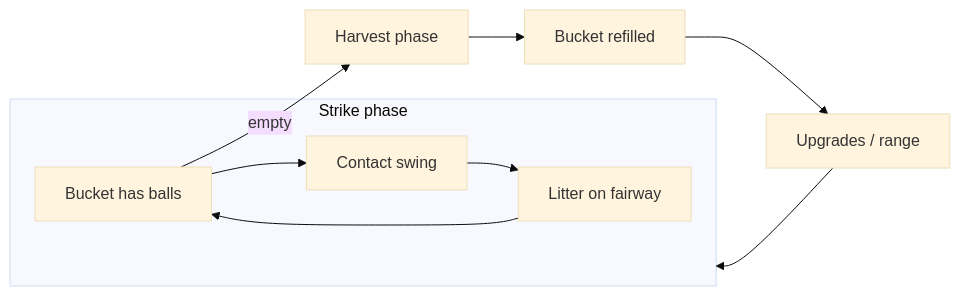
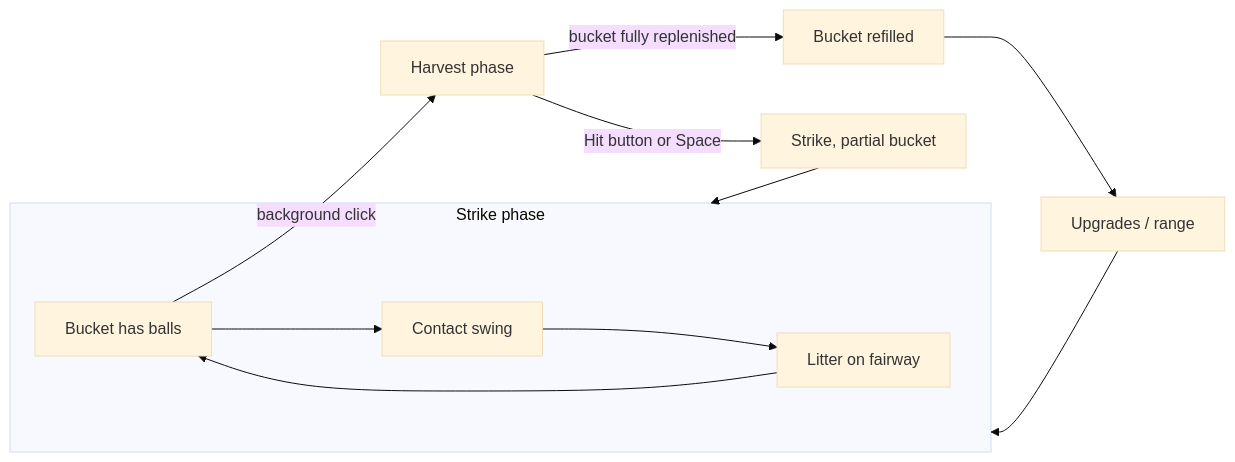
The diagram in docs/v2/01-core-loop.md (bicrick/golf_incremental), drawn with Mermaid (base theme) before and after one commit. The commit also changed other lines of this file and 16 other files, not shown here.

````diff
--- a/docs/v2/01-core-loop.md
+++ b/docs/v2/01-core-loop.md
@@ -7,12 +7,14 @@
 ```mermaid
 flowchart LR
   subgraph strike [Strike phase]
     B[Bucket has balls] --> Swing[Contact swing]
     Swing --> Litter[Litter on fairway]
     Litter --> B
   end
-  B -->|empty| harvest[Harvest phase]
-  harvest --> Refill[Bucket refilled]
+  B -->|background click| harvest[Harvest phase]
+  harvest -->|Hit button or Space| strikeReturn[Strike, partial bucket]
+  harvest -->|bucket fully replenished| Refill[Bucket refilled]
   Refill --> Spend[Upgrades / range]
+  strikeReturn --> strike
   Spend --> strike
 ```
````
